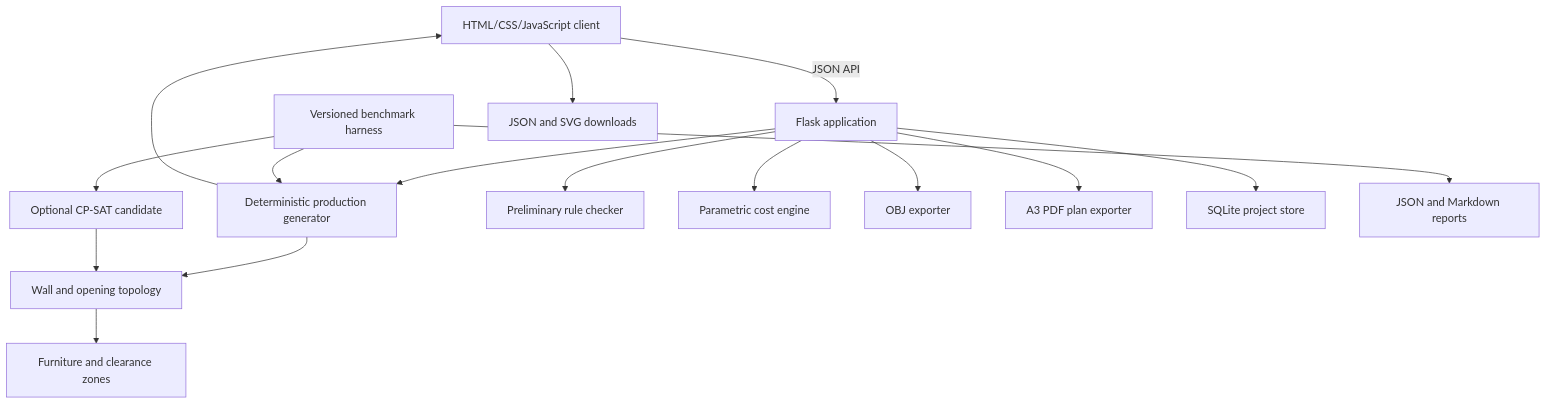
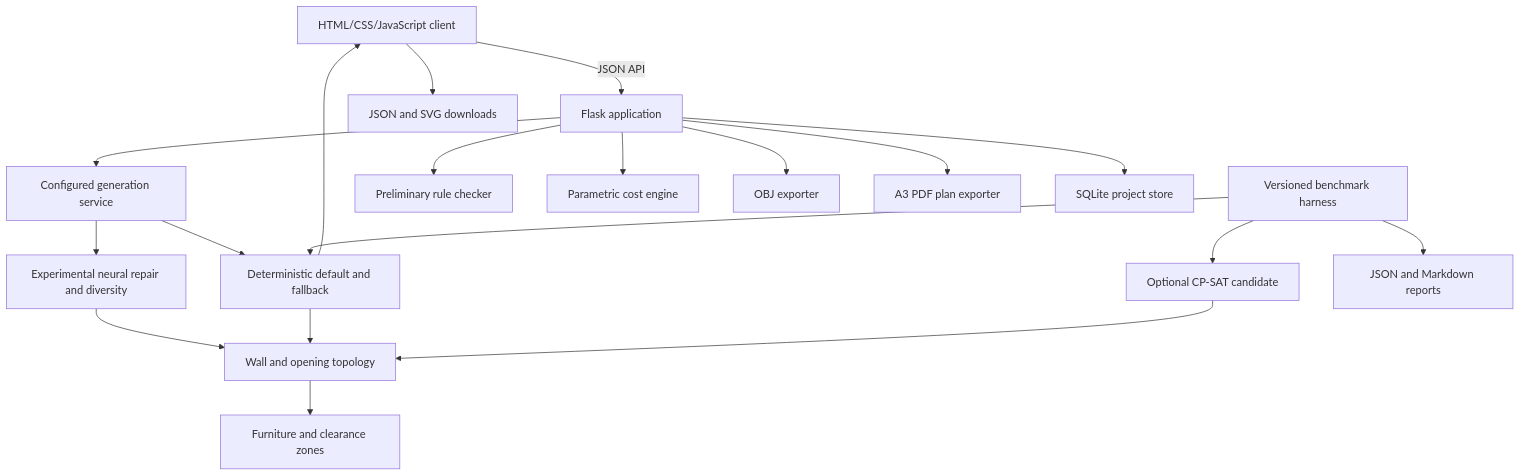
Before and after one commit to Shaurya-S0603/ArchAI: the diagram in docs/ARCHITECTURE.md, drawn with Mermaid. The commit also changed other lines of this file and 12 other files, not shown here.

````diff
--- a/docs/ARCHITECTURE.md
+++ b/docs/ARCHITECTURE.md
@@ -25,18 +25,21 @@
 ```mermaid
 flowchart TD
     Browser["HTML/CSS/JavaScript client"] -->|JSON API| Flask["Flask application"]
-    Flask --> Generator["Deterministic production generator"]
+    Flask --> Engine["Configured generation service"]
+    Engine --> Generator["Deterministic default and fallback"]
+    Engine --> Neural["Experimental neural repair and diversity"]
+    Neural --> Topology
     Benchmark --> Solver["Optional CP-SAT candidate"]
     Generator --> Topology["Wall and opening topology"]
     Topology --> Zoning["Furniture and clearance zones"]
     Flask --> Checks["Preliminary rule checker"]
     Flask --> Cost["Parametric cost engine"]
     Flask --> Export["OBJ exporter"]
     Flask --> PlanSheet["A3 PDF plan exporter"]
     Flask --> Store["SQLite project store"]
     Generator --> Browser
     Benchmark["Versioned benchmark harness"] --> Generator
     Solver --> Topology
     Benchmark --> Reports["JSON and Markdown reports"]
     Browser --> Local["JSON and SVG downloads"]
 ```
````
